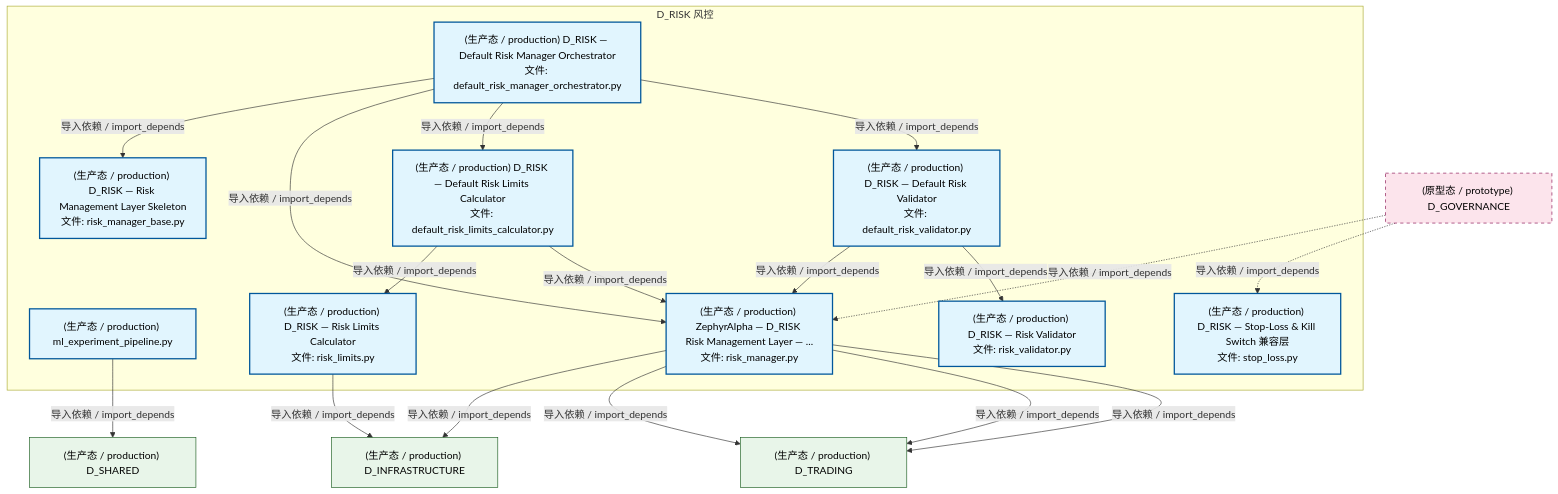
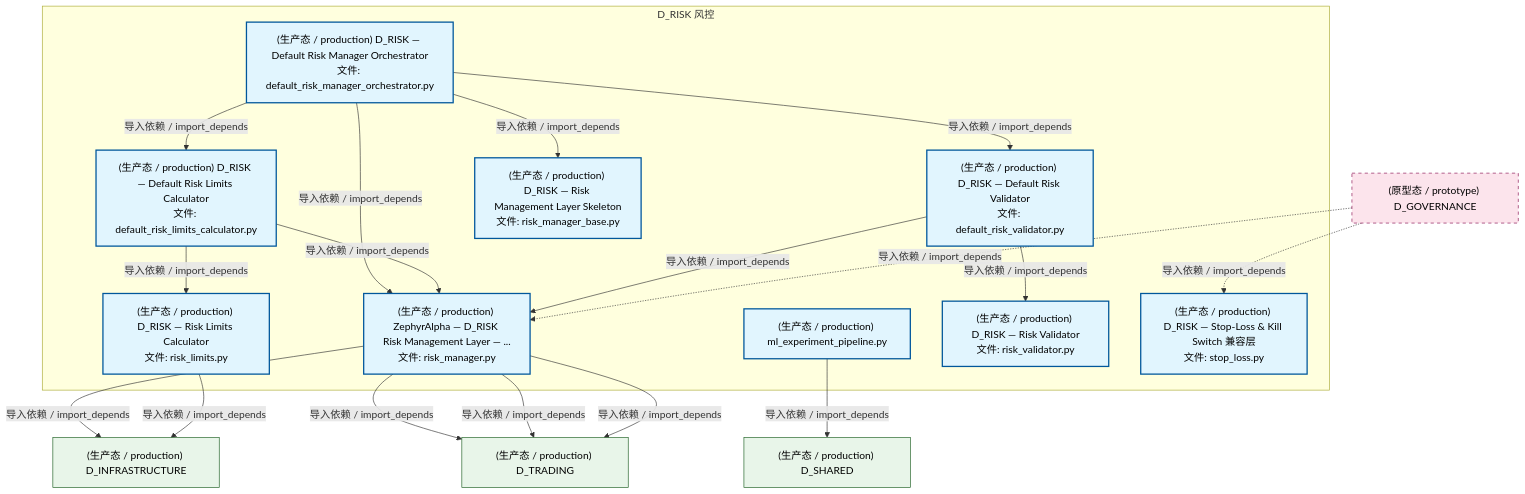
The second of 4 diagrams in docs/02_enterprise_architecture/02_domain_architecture_docs/54_d_risk.md (xuanFelixVan/ZephyrAlpha), drawn with Mermaid before and after one commit. The commit also changed other lines of this file and 105 other files, not shown here.

````diff
--- a/docs/02_enterprise_architecture/02_domain_architecture_docs/54_d_risk.md
+++ b/docs/02_enterprise_architecture/02_domain_architecture_docs/54_d_risk.md
@@ -133,41 +133,41 @@
 ```mermaid
 graph TD
     subgraph D_RISK["D_RISK 风控"]
         src_zephyr_risk_cross_asset_cross_market_data_adapter_ml_experiment_pipeline_py["(生产态 / production) ml_experiment_pipeline.py"]
         src_zephyr_risk_implementations_default_risk_limits_calculator_py["(生产态 / production) D_RISK — Default Risk Limits Calculator<br/>文件: default_risk_limits_calculator.py"]
         src_zephyr_risk_implementations_default_risk_manager_orchestrator_py["(生产态 / production) D_RISK — Default Risk Manager Orchestrator<br/>文件: default_risk_manager_orchestrator.py"]
         src_zephyr_risk_implementations_default_risk_validator_py["(生产态 / production) D_RISK — Default Risk Validator<br/>文件: default_risk_validator.py"]
         src_zephyr_risk_risk_limits_py["(生产态 / production) D_RISK — Risk Limits Calculator<br/>文件: risk_limits.py"]
         src_zephyr_risk_risk_manager_py["(生产态 / production) ZephyrAlpha — D_RISK Risk Management Layer — ...<br/>文件: risk_manager.py"]
         src_zephyr_risk_risk_manager_base_py["(生产态 / production) D_RISK — Risk Management Layer Skeleton<br/>文件: risk_manager_base.py"]
         src_zephyr_risk_risk_validator_py["(生产态 / production) D_RISK — Risk Validator<br/>文件: risk_validator.py"]
         src_zephyr_risk_stop_loss_py["(生产态 / production) D_RISK — Stop-Loss & Kill Switch 兼容层<br/>文件: stop_loss.py"]
     end
+    src_zephyr_risk_implementations_default_risk_manager_orchestrator_py -->|导入依赖 / import_depends| src_zephyr_risk_risk_manager_py
+    src_zephyr_risk_implementations_default_risk_manager_orchestrator_py -->|导入依赖 / import_depends| src_zephyr_risk_risk_manager_base_py
+    src_zephyr_risk_implementations_default_risk_manager_orchestrator_py -->|导入依赖 / import_depends| src_zephyr_risk_implementations_default_risk_limits_calculator_py
+    src_zephyr_risk_implementations_default_risk_manager_orchestrator_py -->|导入依赖 / import_depends| src_zephyr_risk_implementations_default_risk_validator_py
+    src_zephyr_risk_implementations_default_risk_limits_calculator_py -->|导入依赖 / import_depends| src_zephyr_risk_risk_manager_py
     src_zephyr_risk_implementations_default_risk_limits_calculator_py -->|导入依赖 / import_depends| src_zephyr_risk_risk_limits_py
-    src_zephyr_risk_implementations_default_risk_limits_calculator_py -->|导入依赖 / import_depends| src_zephyr_risk_risk_manager_py
     src_zephyr_risk_implementations_default_risk_validator_py -->|导入依赖 / import_depends| src_zephyr_risk_risk_manager_py
     src_zephyr_risk_implementations_default_risk_validator_py -->|导入依赖 / import_depends| src_zephyr_risk_risk_validator_py
-    src_zephyr_risk_implementations_default_risk_manager_orchestrator_py -->|导入依赖 / import_depends| src_zephyr_risk_risk_manager_base_py
-    src_zephyr_risk_implementations_default_risk_manager_orchestrator_py -->|导入依赖 / import_depends| src_zephyr_risk_risk_manager_py
-    src_zephyr_risk_implementations_default_risk_manager_orchestrator_py -->|导入依赖 / import_depends| src_zephyr_risk_implementations_default_risk_limits_calculator_py
-    src_zephyr_risk_implementations_default_risk_manager_orchestrator_py -->|导入依赖 / import_depends| src_zephyr_risk_implementations_default_risk_validator_py
     D_INFRASTRUCTURE["(生产态 / production) D_INFRASTRUCTURE"]
     src_zephyr_risk_risk_manager_py -->|导入依赖 / import_depends| D_INFRASTRUCTURE
     D_TRADING["(生产态 / production) D_TRADING"]
     src_zephyr_risk_risk_manager_py -->|导入依赖 / import_depends| D_TRADING
     src_zephyr_risk_risk_manager_py -->|导入依赖 / import_depends| D_TRADING
     src_zephyr_risk_risk_manager_py -->|导入依赖 / import_depends| D_TRADING
     src_zephyr_risk_risk_limits_py -->|导入依赖 / import_depends| D_INFRASTRUCTURE
     D_SHARED["(生产态 / production) D_SHARED"]
     src_zephyr_risk_cross_asset_cross_market_data_adapter_ml_experiment_pipeline_py -->|导入依赖 / import_depends| D_SHARED
     D_GOVERNANCE["(原型态 / prototype) D_GOVERNANCE"]
+    D_GOVERNANCE -.->|导入依赖 / import_depends| src_zephyr_risk_stop_loss_py
     D_GOVERNANCE -.->|导入依赖 / import_depends| src_zephyr_risk_risk_manager_py
-    D_GOVERNANCE -.->|导入依赖 / import_depends| src_zephyr_risk_stop_loss_py
     classDef production fill:#e1f5fe,stroke:#01579b,stroke-width:2px,color:#000
     classDef design fill:#fff3e0,stroke:#e65100,stroke-width:2px,color:#000,stroke-dasharray: 5 5
     classDef external_prod fill:#e8f5e9,stroke:#1b5e20,stroke-width:1px,color:#000
     classDef external_design fill:#fce4ec,stroke:#880e4f,stroke-width:1px,color:#000,stroke-dasharray: 5 5
     class src_zephyr_risk_cross_asset_cross_market_data_adapter_ml_experiment_pipeline_py,src_zephyr_risk_implementations_default_risk_limits_calculator_py,src_zephyr_risk_implementations_default_risk_manager_orchestrator_py,src_zephyr_risk_implementations_default_risk_validator_py,src_zephyr_risk_risk_limits_py,src_zephyr_risk_risk_manager_py,src_zephyr_risk_risk_manager_base_py,src_zephyr_risk_risk_validator_py,src_zephyr_risk_stop_loss_py production
     class D_INFRASTRUCTURE,D_TRADING,D_SHARED external_prod
     class D_GOVERNANCE external_design
 ```
````
